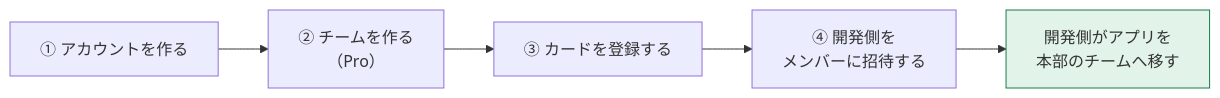
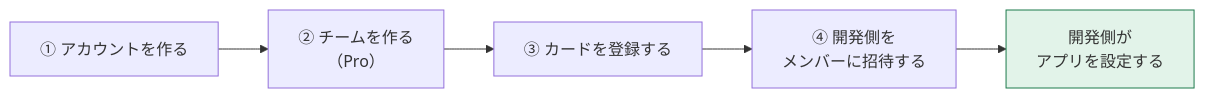
The diagram in 11-vercel-setup.md (yusukesanse/nakayoshi-docs), drawn with Mermaid before and after one commit. The commit also changed other lines of this file and 13 other files, not shown here.

````diff
--- a/11-vercel-setup.md
+++ b/11-vercel-setup.md
@@ -17,8 +22,8 @@
 ```mermaid
 flowchart LR
     s1["① アカウントを作る"] --> s2["② チームを作る<br>（Pro）"]
     s2 --> s3["③ カードを登録する"]
     s3 --> s4["④ 開発側を<br>メンバーに招待する"]
-    s4 --> done["開発側がアプリを<br>本部のチームへ移す"]
+    s4 --> done["開発側が<br>アプリを設定する"]
     style done fill:#e2f3e9,stroke:#1d7a4c
 ```
````
